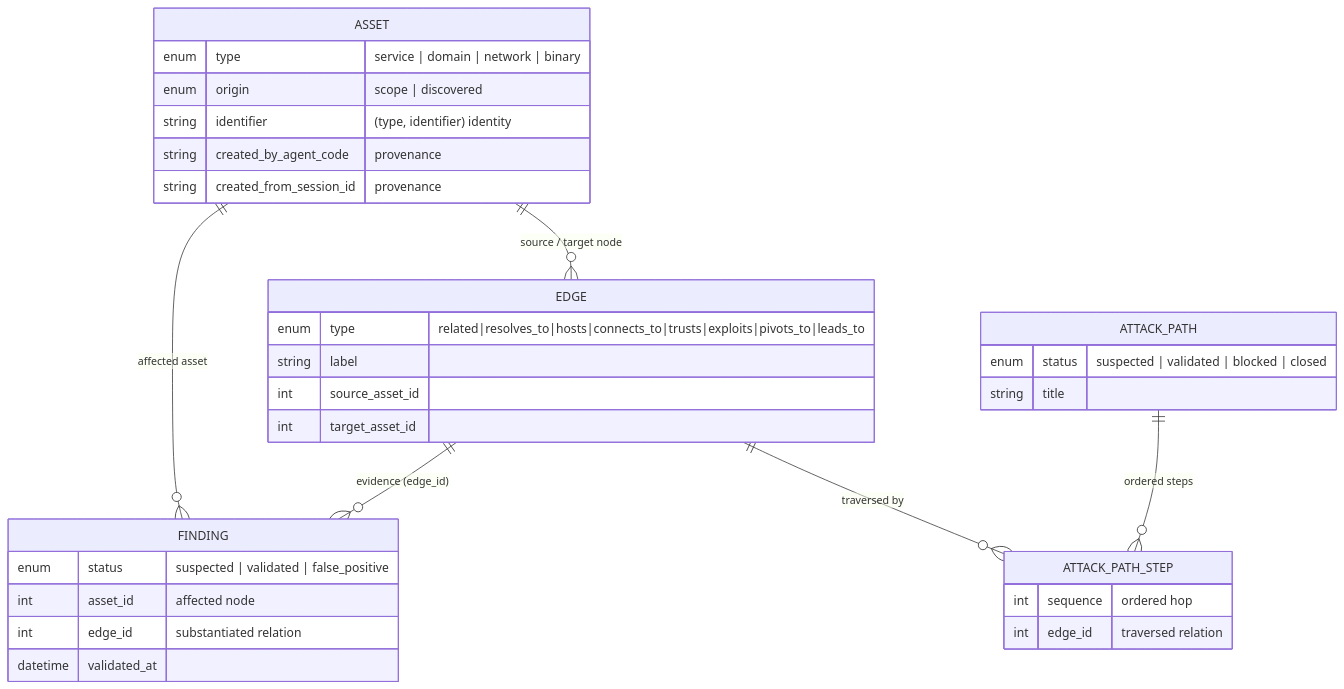
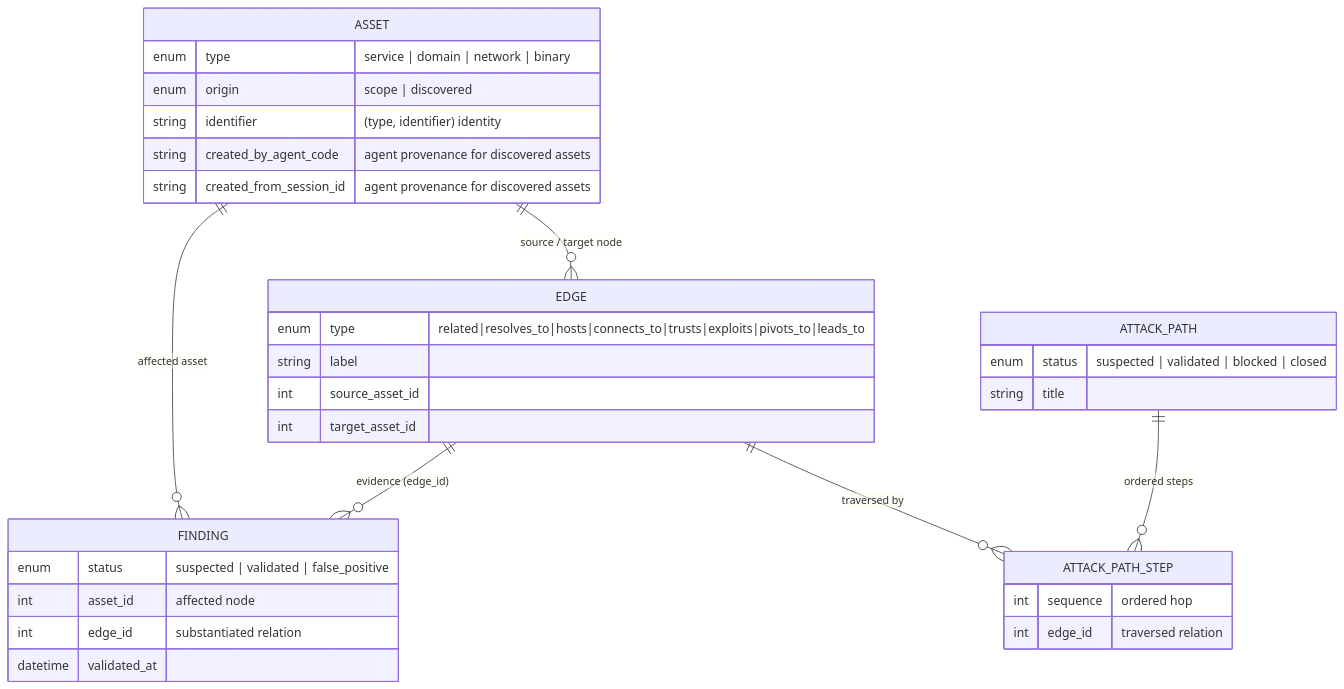
One commit to MolTau9527/Z3r0 changed the seventh of 7 diagrams in README.md. Above: the diagram before and after it, drawn with Mermaid. The commit also changed other lines of this file and 19 other files, not shown here.

````diff
--- a/README.md
+++ b/README.md
@@ -234,36 +252,36 @@
 ```mermaid
 erDiagram
   ASSET {
     enum   type        "service | domain | network | binary"
     enum   origin      "scope | discovered"
     string identifier  "(type, identifier) identity"
-    string created_by_agent_code  "provenance"
-    string created_from_session_id "provenance"
+    string created_by_agent_code  "agent provenance for discovered assets"
+    string created_from_session_id "agent provenance for discovered assets"
   }
   EDGE {
     enum   type   "related|resolves_to|hosts|connects_to|trusts|exploits|pivots_to|leads_to"
     string label
     int    source_asset_id
     int    target_asset_id
   }
   FINDING {
     enum     status      "suspected | validated | false_positive"
     int      asset_id    "affected node"
     int      edge_id     "substantiated relation"
     datetime validated_at
   }
   ATTACK_PATH {
     enum   status  "suspected | validated | blocked | closed"
     string title
   }
   ATTACK_PATH_STEP {
     int sequence "ordered hop"
     int edge_id  "traversed relation"
   }
 
   ASSET            ||--o{ EDGE             : "source / target node"
   ASSET            ||--o{ FINDING          : "affected asset"
   EDGE             ||--o{ FINDING          : "evidence (edge_id)"
   EDGE             ||--o{ ATTACK_PATH_STEP : "traversed by"
   ATTACK_PATH      ||--o{ ATTACK_PATH_STEP : "ordered steps"
 ```
````
